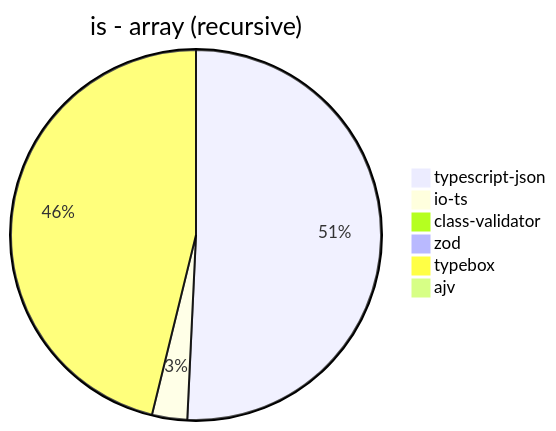
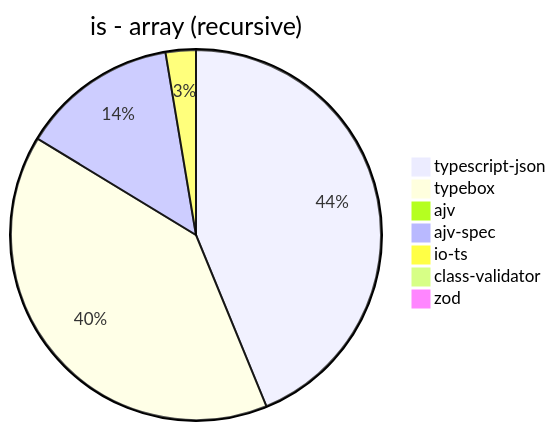
One commit to samchon/typia changed the fifth of 39 diagrams in benchmark/results/AMD Ryzen 7 3700X 8-Core Processor.md. Above: the diagram before and after it, drawn with Mermaid. The commit also changed other lines of this file and 10 other files, not shown here.

Commit message:
Add ajv-spec benchmarks

````diff
--- a/benchmark/results/AMD Ryzen 7 3700X 8-Core Processor.md
+++ b/benchmark/results/AMD Ryzen 7 3700X 8-Core Processor.md
@@ -65,9 +69,10 @@
 ```mermaid
 pie title is - array (recursive)
-  "typescript-json": 6006.049495875343
-  "io-ts": 364.0630867442734
-  "class-validator": 3.2063372312334972
-  "zod": 7.231596513999629
-  "typebox": 5464.279121284844
+  "typescript-json": 5851.241166878058
+  "typebox": 5332.346410066617
   "ajv": 0
+  "ajv-spec": 1825.7132406730066
+  "io-ts": 352.48901903367494
+  "class-validator": 3.0349013657056143
+  "zod": 7.322568531731131
 ```
````
